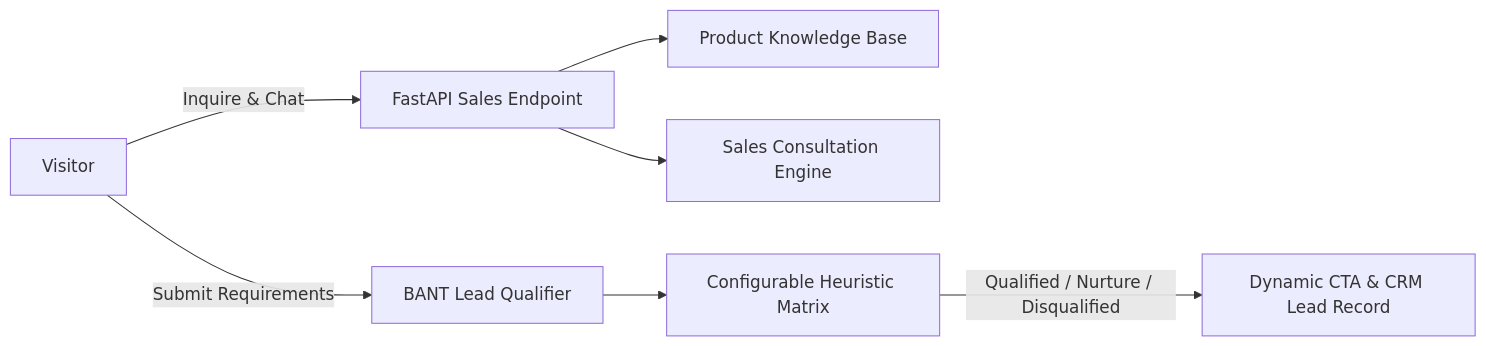
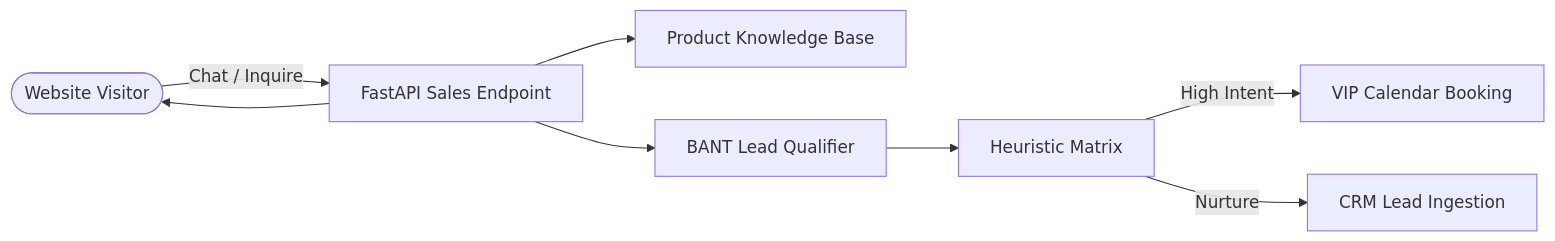
The diagram in README.md (erhatechnologiesai/website-sales-chatbot), drawn with Mermaid before and after one commit. The commit also changed other lines of this file, not shown here.

````diff
--- a/README.md
+++ b/README.md
@@ -10,9 +25,10 @@
 ```mermaid
 flowchart LR
-    Visitor -->|Inquire & Chat| API[FastAPI Sales Endpoint]
+    Visitor([Website Visitor]) -->|Chat / Inquire| API[FastAPI Sales Endpoint]
     API --> Catalog[Product Knowledge Base]
-    API --> LLM[Sales Consultation Engine]
-    Visitor -->|Submit Requirements| Qualifier[BANT Lead Qualifier]
-    Qualifier --> Scoring[Configurable Heuristic Matrix]
-    Scoring -->|Qualified / Nurture / Disqualified| Outcome[Dynamic CTA & CRM Lead Record]
+    API --> Qualifier[BANT Lead Qualifier]
+    Qualifier --> Scoring[Heuristic Matrix]
+    Scoring -->|High Intent| VIP[VIP Calendar Booking]
+    Scoring -->|Nurture| LeadGen[CRM Lead Ingestion]
+    API --> Visitor
 ```
````
